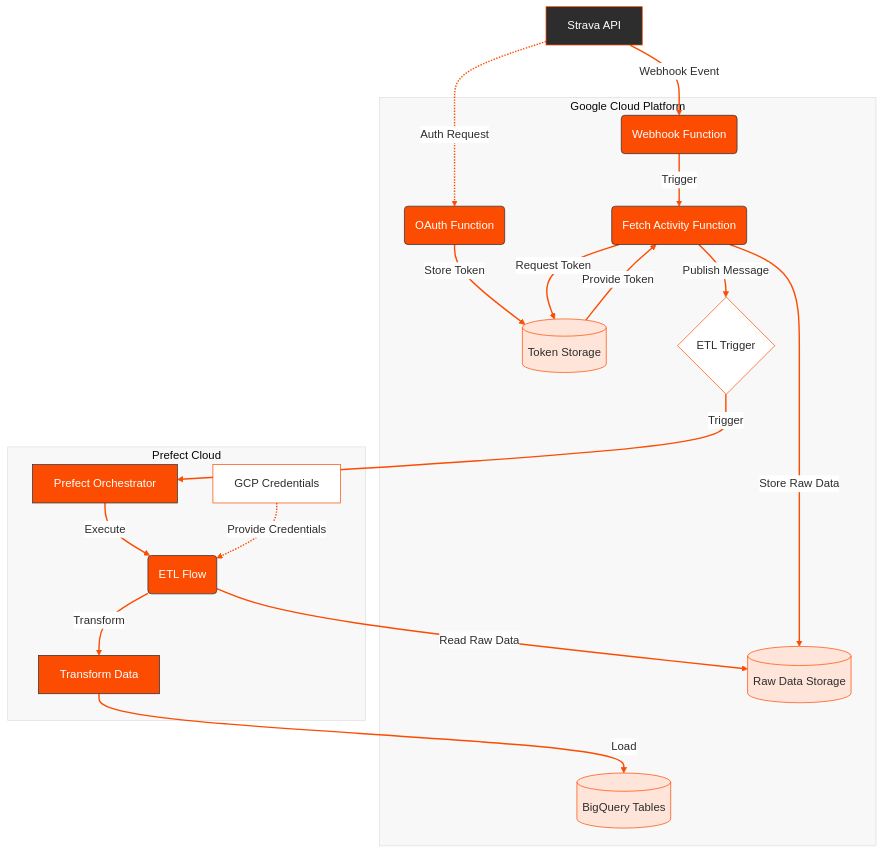
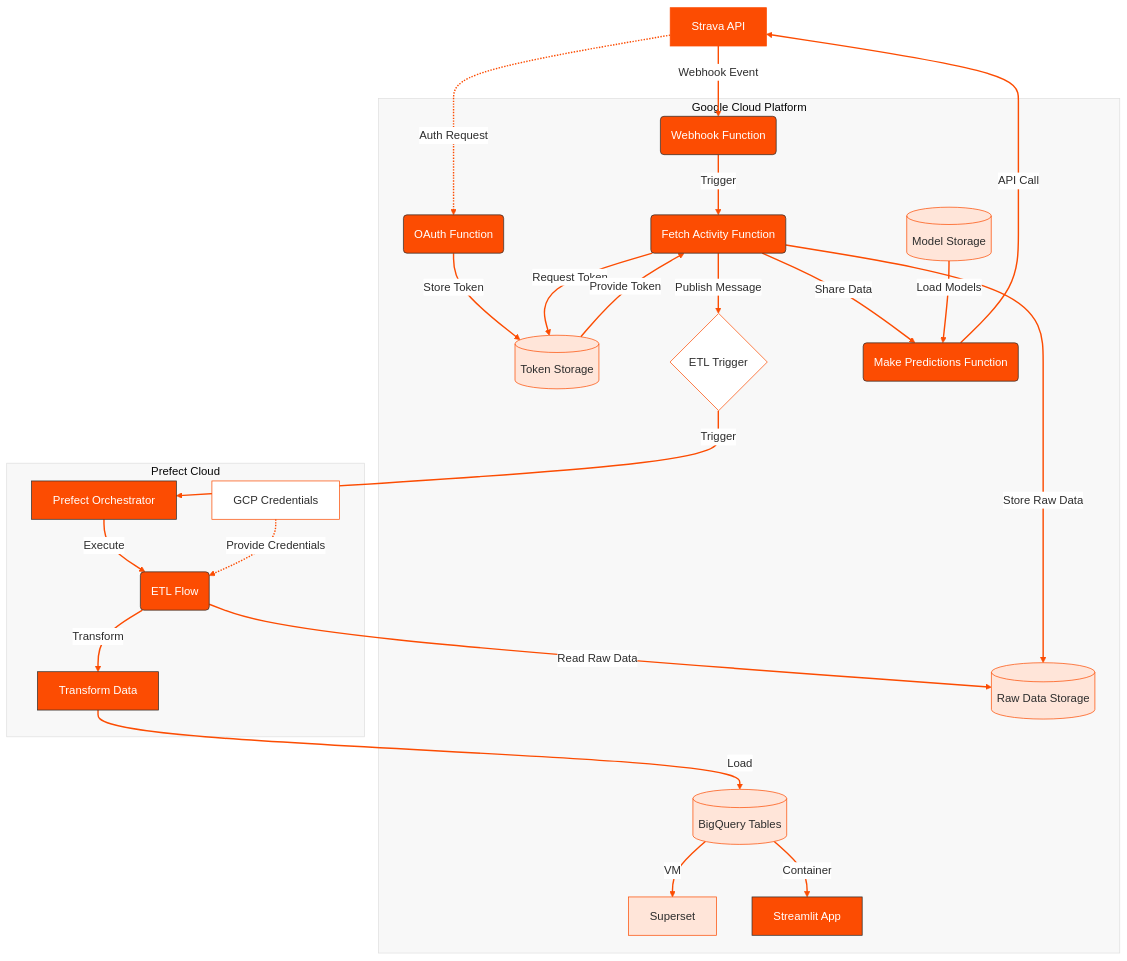
One commit to dhruvds58/BA882-Strava-Team4 changed the diagram in README.md. Above: the diagram before and after it, drawn with Mermaid.

Commit message:
update readme with new system diagram

````diff
--- a/README.md
+++ b/README.md
@@ -7,65 +7,75 @@
 ```mermaid
 %%{init: {
   'theme': 'base',
   'themeVariables': {
     'primaryColor': '#FFE5D9',
     'primaryTextColor': '#2D2D2D',
     'primaryBorderColor': '#FC4C02',
     'lineColor': '#FC4C02',
     'secondaryColor': '#FFF',
     'tertiaryColor': '#F8F8F8'
   }
 }}%%
 
 graph TD
     A[Strava API] -->|Webhook Event| B(Webhook Function)
     A -.->|Auth Request| K(OAuth Function)
     K -->|Store Token| L[(Token Storage)]
     B -->|Trigger| C(Fetch Activity Function)
     C -->|Request Token| L
     L -->|Provide Token| C
     C -->|Store Raw Data| D[(Raw Data Storage)]
     C -->|Publish Message| E{ETL Trigger}
+    C -->|Share Data| X(Make Predictions Function)
     E -->|Trigger| F[Prefect Orchestrator]
     F -->|Execute| G(ETL Flow)
     G -->|Read Raw Data| D
     G -->|Transform| H[Transform Data]
     H -->|Load| I[(BigQuery Tables)]
+    I -->|VM| M[Superset]
+    I -->|Container| S[Streamlit App]
     J[GCP Credentials] -.->|Provide Credentials| G
+    X -->|API Call| A
+    N[(Model Storage)] -->|Load Models| X
 
     subgraph "Google Cloud Platform"
         B
         C
         D
         E
         I
         K
         L
+        X
+        M
+        N
+        S
         style D fill:#FFE5D9,stroke:#FC4C02
         style I fill:#FFE5D9,stroke:#FC4C02
         style L fill:#FFE5D9,stroke:#FC4C02
+        style N fill:#FFE5D9,stroke:#FC4C02
+        style S fill:#FC4C02,stroke:#2D2D2D,color:#FFF
     end
 
     subgraph "Prefect Cloud"
         F
         G
         H
         J
         style F fill:#FC4C02,stroke:#2D2D2D,color:#FFF
         style G fill:#FC4C02,stroke:#2D2D2D,color:#FFF
         style H fill:#FC4C02,stroke:#2D2D2D,color:#FFF
     end
 
-    classDef apiNode fill:#2D2D2D,stroke:#FC4C02,color:#FFF
+    classDef apiNode fill:#FC4C02,stroke:#FC4C02,color:#FFF
     classDef functionNode fill:#FC4C02,stroke:#2D2D2D,color:#FFF
     classDef storageNode fill:#FFE5D9,stroke:#FC4C02,color:#2D2D2D
     classDef triggerNode fill:#FFF,stroke:#FC4C02,color:#2D2D2D
 
     class A apiNode
-    class B,C,K functionNode
-    class D,I,L storageNode
+    class B,C,K,X functionNode
+    class D,I,L,N storageNode
     class E,J triggerNode
 
-    %% Add labels for clarity
     linkStyle default stroke:#FC4C02,stroke-width:2px
 ```
````
